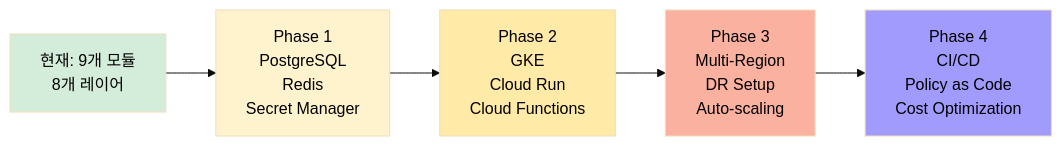
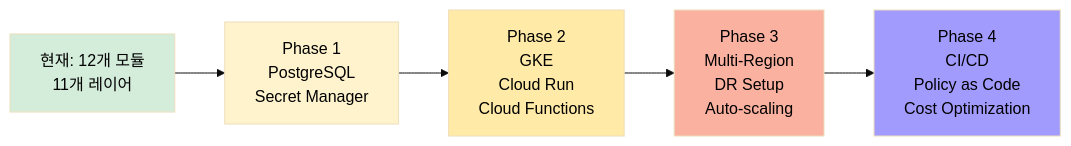
One commit to JSJ2337/GCP_terraform_code changed the ninth of 9 diagrams in terraform_gcp_infra/docs/architecture/diagrams.md. Above: the diagram before and after it, drawn with Mermaid. The commit also changed other lines of this file and 1 other file, not shown here.

````diff
--- a/terraform_gcp_infra/docs/architecture/diagrams.md
+++ b/terraform_gcp_infra/docs/architecture/diagrams.md
@@ -525,17 +525,17 @@
 ```mermaid
 %%{init: {'theme': 'base', 'themeVariables': { 'primaryTextColor': '#000000' }}}%%
 graph LR
-    CURRENT[현재: 9개 모듈<br/>8개 레이어] --> PHASE1[Phase 1<br/>PostgreSQL<br/>Redis<br/>Secret Manager]
+    CURRENT[현재: 12개 모듈<br/>11개 레이어] --> PHASE1[Phase 1<br/>PostgreSQL<br/>Secret Manager]
 
     PHASE1 --> PHASE2[Phase 2<br/>GKE<br/>Cloud Run<br/>Cloud Functions]
 
     PHASE2 --> PHASE3[Phase 3<br/>Multi-Region<br/>DR Setup<br/>Auto-scaling]
 
     PHASE3 --> PHASE4[Phase 4<br/>CI/CD<br/>Policy as Code<br/>Cost Optimization]
 
     style CURRENT fill:#d4edda
     style PHASE1 fill:#fff3cd
     style PHASE2 fill:#ffeaa7
     style PHASE3 fill:#fab1a0
     style PHASE4 fill:#a29bfe
 ```
````
